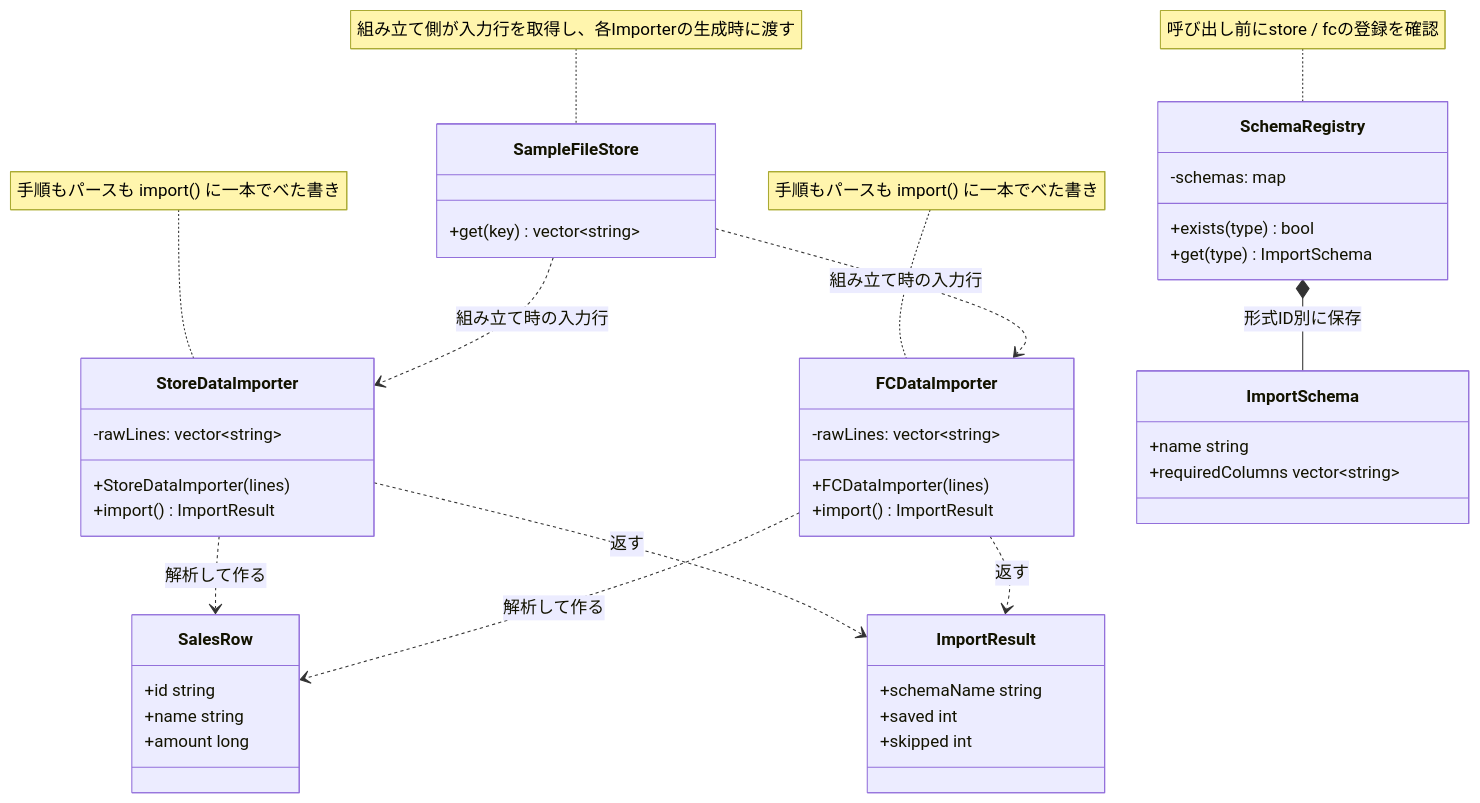
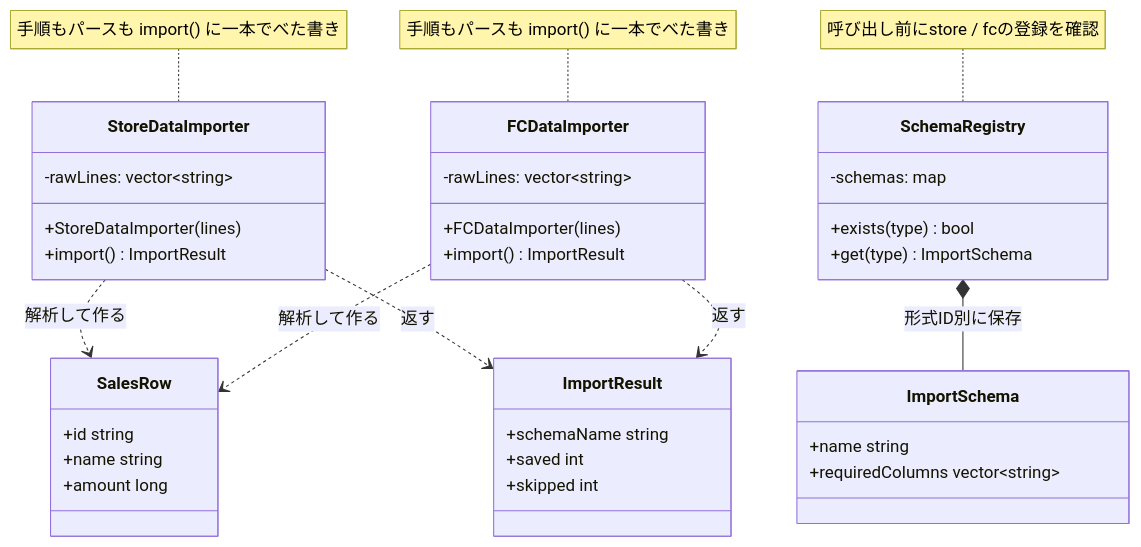
The third of 19 diagrams in kindle/design-patterns/output/chapter04.md (kumachan1101-pixel/DesignPattern), drawn with Mermaid before and after one commit. The commit also changed other lines of this file and 24 other files, not shown here.

Commit message:
docs: 問題から導く構成とクラス図説明を整合

````diff
--- a/kindle/design-patterns/output/chapter04.md
+++ b/kindle/design-patterns/output/chapter04.md
@@ -282,47 +282,41 @@
 ```mermaid
 classDiagram
     class StoreDataImporter {
         -rawLines: vector~string~
         +StoreDataImporter(lines)
         +import() ImportResult
     }
     class FCDataImporter {
         -rawLines: vector~string~
         +FCDataImporter(lines)
         +import() ImportResult
     }
     class SchemaRegistry {
         -schemas: map
         +exists(type) bool
         +get(type) ImportSchema
-    }
-    class SampleFileStore {
-        +get(key) vector~string~
     }
     class SalesRow {
         +id string
         +name string
         +amount long
     }
     class ImportResult {
         +schemaName string
         +saved int
         +skipped int
     }
     class ImportSchema {
         +name string
         +requiredColumns vector~string~
     }
     StoreDataImporter ..> SalesRow : 解析して作る
     FCDataImporter ..> SalesRow : 解析して作る
     StoreDataImporter ..> ImportResult : 返す
     FCDataImporter ..> ImportResult : 返す
     SchemaRegistry *-- ImportSchema : 形式ID別に保存
-    SampleFileStore ..> StoreDataImporter : 組み立て時の入力行
-    SampleFileStore ..> FCDataImporter : 組み立て時の入力行
     note for StoreDataImporter "手順もパースも import() に一本でべた書き"
     note for FCDataImporter "手順もパースも import() に一本でべた書き"
     note for SchemaRegistry "呼び出し前にstore / fcの登録を確認"
-    note for SampleFileStore "組み立て側が入力行を取得し、各Importerの生成時に渡す"
 
 ```
````
